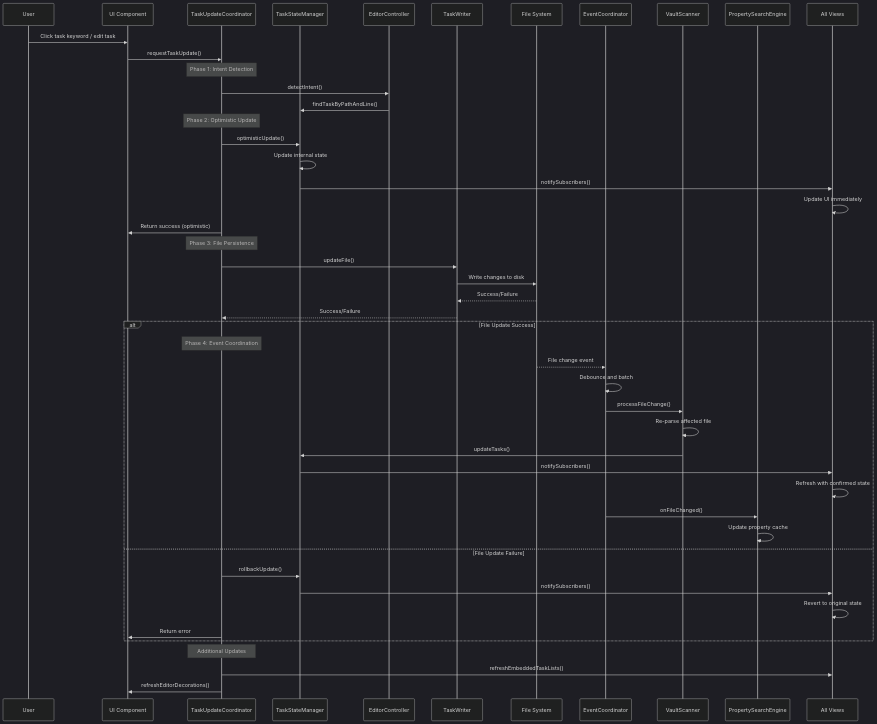
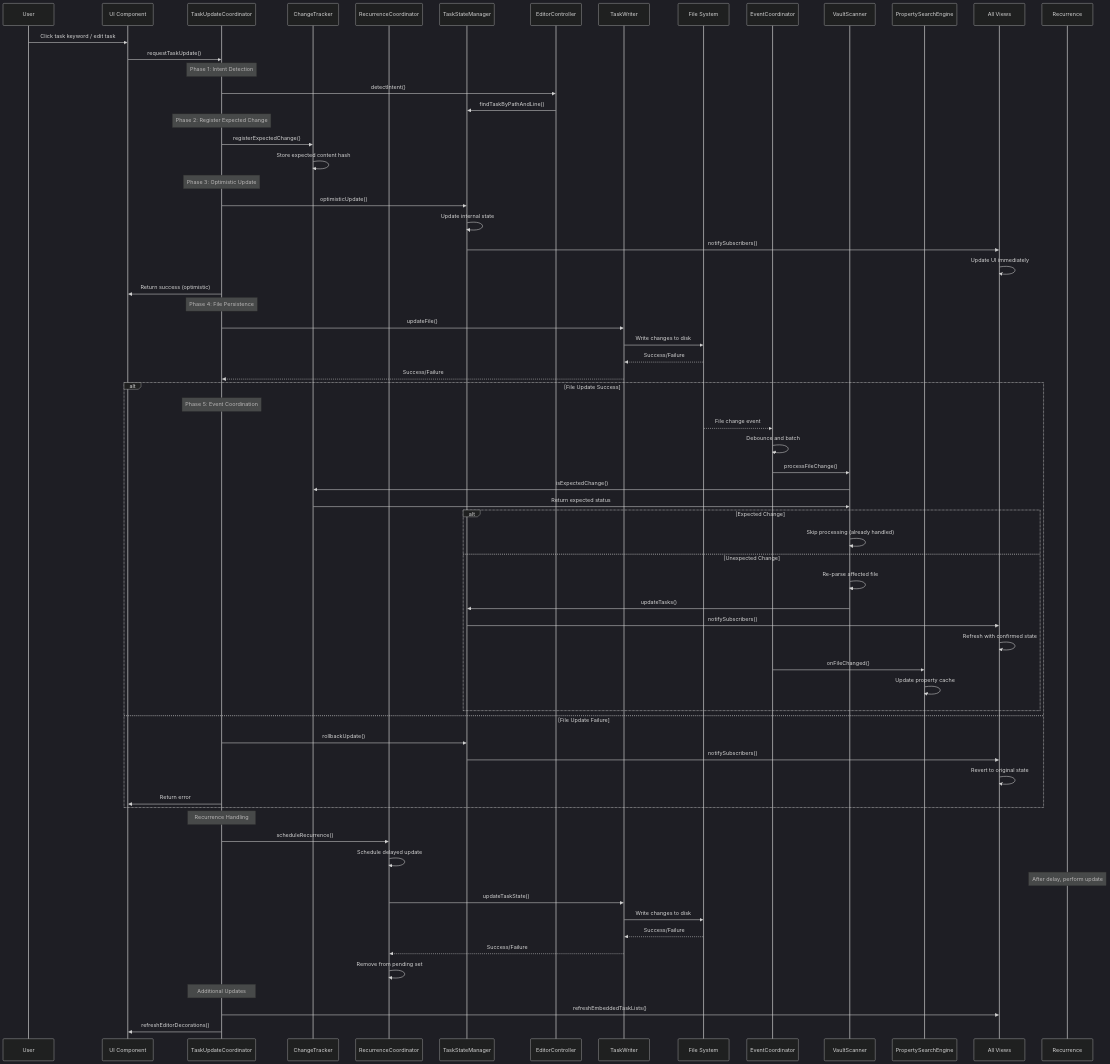
The third of 4 diagrams in ARCHITECTURE.md (scross01/obsidian-todoseq), drawn with Mermaid (dark theme) before and after one commit. The commit also changed other lines of this file and 8 other files, not shown here.

````diff
--- a/ARCHITECTURE.md
+++ b/ARCHITECTURE.md
@@ -528,55 +556,77 @@
 ```mermaid
 sequenceDiagram
     participant User
     participant UI as UI Component
     participant Coordinator as TaskUpdateCoordinator
+    participant ChangeTrack as ChangeTracker
+    participant RecurCoord as RecurrenceCoordinator
     participant StateMgr as TaskStateManager
     participant EditorCtrl as EditorController
     participant TaskWriter as TaskWriter
     participant FileSys as File System
     participant EventCoord as EventCoordinator
     participant VaultScan as VaultScanner
     participant PropertySearch as PropertySearchEngine
     participant Views as All Views
+User->>UI: Click task keyword / edit task
+UI->>Coordinator: requestTaskUpdate()
 
-    User->>UI: Click task keyword / edit task
-    UI->>Coordinator: requestTaskUpdate()
+Note over Coordinator: Phase 1: Intent Detection
+Coordinator->>EditorCtrl: detectIntent()
+EditorCtrl->>StateMgr: findTaskByPathAndLine()
 
-    Note over Coordinator: Phase 1: Intent Detection
-    Coordinator->>EditorCtrl: detectIntent()
-    EditorCtrl->>StateMgr: findTaskByPathAndLine()
-    Note over Coordinator: Phase 2: Optimistic Update
-    Coordinator->>StateMgr: optimisticUpdate()
-    StateMgr->>StateMgr: Update internal state
-    StateMgr->>Views: notifySubscribers()
-    Views->>Views: Update UI immediately
-    Coordinator->>UI: Return success (optimistic)
+Note over Coordinator: Phase 2: Register Expected Change
+Coordinator->>ChangeTrack: registerExpectedChange()
+ChangeTrack->>ChangeTrack: Store expected content hash
 
-    Note over Coordinator: Phase 3: File Persistence
-    Coordinator->>TaskWriter: updateFile()
-    TaskWriter->>FileSys: Write changes to disk
-    FileSys-->>TaskWriter: Success/Failure
-    TaskWriter-->>Coordinator: Success/Failure
+Note over Coordinator: Phase 3: Optimistic Update
+Coordinator->>StateMgr: optimisticUpdate()
+StateMgr->>StateMgr: Update internal state
+StateMgr->>Views: notifySubscribers()
+Views->>Views: Update UI immediately
+Coordinator->>UI: Return success (optimistic)
 
-    alt File Update Success
-        Note over Coordinator: Phase 4: Event Coordination
-        FileSys-->>EventCoord: File change event
-        EventCoord->>EventCoord: Debounce and batch
-        EventCoord->>VaultScan: processFileChange()
+Note over Coordinator: Phase 4: File Persistence
+Coordinator->>TaskWriter: updateFile()
+TaskWriter->>FileSys: Write changes to disk
+FileSys-->>TaskWriter: Success/Failure
+TaskWriter-->>Coordinator: Success/Failure
+
+alt File Update Success
+    Note over Coordinator: Phase 5: Event Coordination
+    FileSys-->>EventCoord: File change event
+    EventCoord->>EventCoord: Debounce and batch
+    EventCoord->>VaultScan: processFileChange()
+    VaultScan->>ChangeTrack: isExpectedChange()
+    ChangeTrack->>VaultScan: Return expected status
+    alt Expected Change
+        VaultScan->>VaultScan: Skip processing (already handled)
+    else Unexpected Change
         VaultScan->>VaultScan: Re-parse affected file
         VaultScan->>StateMgr: updateTasks()
         StateMgr->>Views: notifySubscribers()
         Views->>Views: Refresh with confirmed state
         EventCoord->>PropertySearch: onFileChanged()
         PropertySearch->>PropertySearch: Update property cache
-    else File Update Failure
-        Coordinator->>StateMgr: rollbackUpdate()
-        StateMgr->>Views: notifySubscribers()
-        Views->>Views: Revert to original state
-        Coordinator->>UI: Return error
     end
+else File Update Failure
+    Coordinator->>StateMgr: rollbackUpdate()
+    StateMgr->>Views: notifySubscribers()
+    Views->>Views: Revert to original state
+    Coordinator->>UI: Return error
+end
 
-    Note over Coordinator: Additional Updates
-    Coordinator->>Views: refreshEmbeddedTaskLists()
-    Coordinator->>UI: refreshEditorDecorations()
+Note over Coordinator: Recurrence Handling
+Coordinator->>RecurCoord: scheduleRecurrence()
+RecurCoord->>RecurCoord: Schedule delayed update
+Note over Recurrence: After delay, perform update
+RecurCoord->>TaskWriter: updateTaskState()
+TaskWriter->>FileSys: Write changes to disk
+FileSys-->>TaskWriter: Success/Failure
+TaskWriter-->>RecurCoord: Success/Failure
+RecurCoord->>RecurCoord: Remove from pending set
+
+Note over Coordinator: Additional Updates
+Coordinator->>Views: refreshEmbeddedTaskLists()
+Coordinator->>UI: refreshEditorDecorations()
 ```
````
